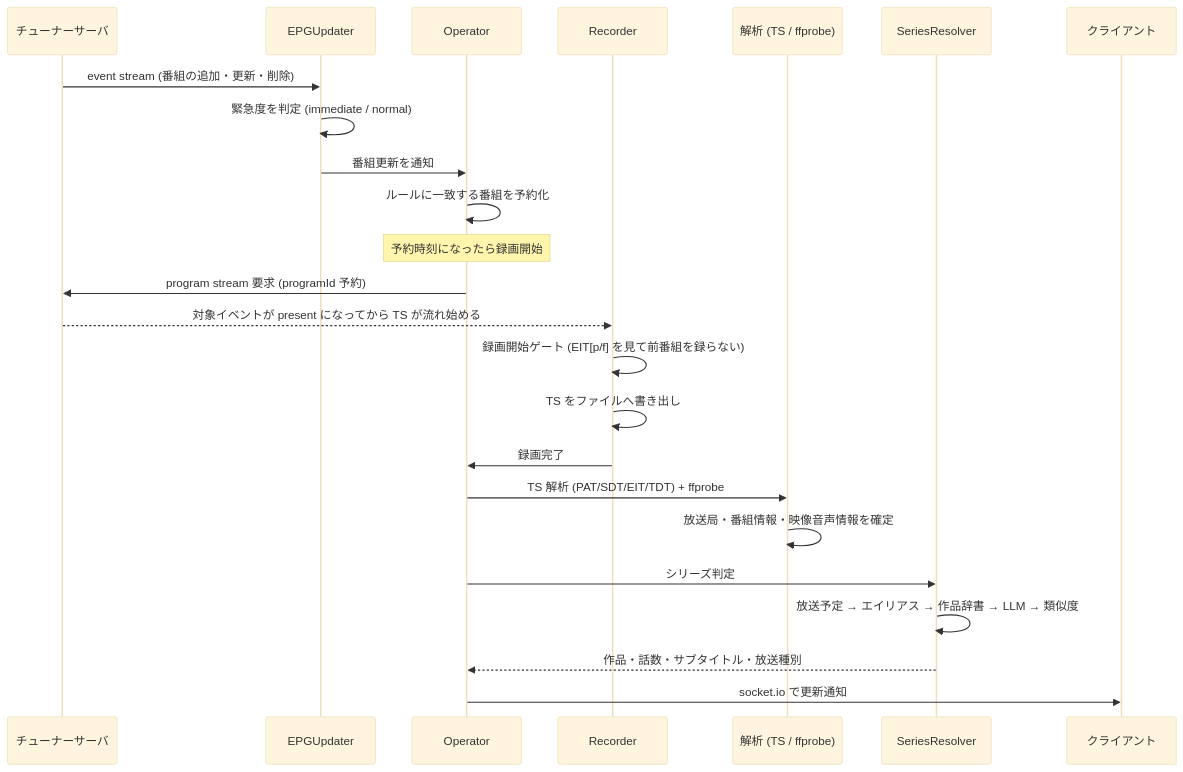
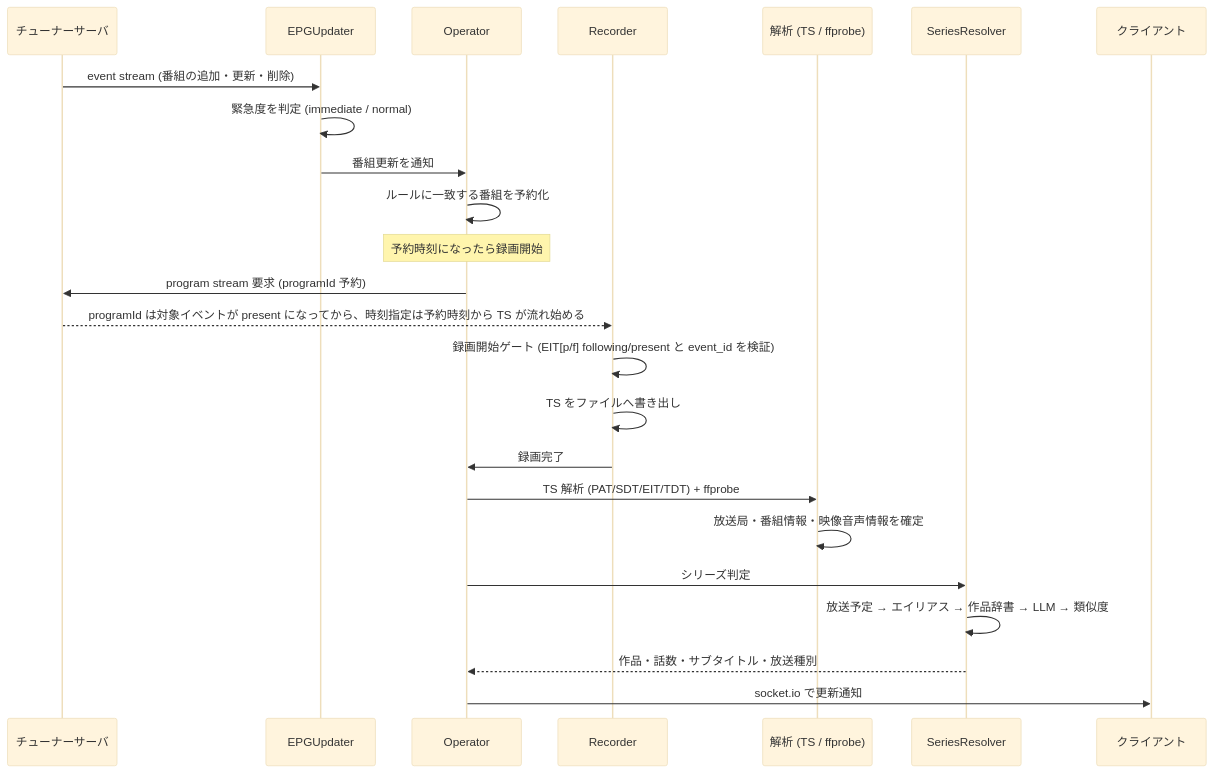
Before and after one commit to stuayu/EPGStation: the third of 5 diagrams in doc/architecture.md, drawn with Mermaid (base theme). The commit also changed 8 other files, not shown here.

Commit message:
fix: follow ARIB EIT event progress for recording start

````diff
--- a/doc/architecture.md
+++ b/doc/architecture.md
@@ -127,29 +127,29 @@
 ```mermaid
 sequenceDiagram
     participant M as チューナーサーバ
     participant U as EPGUpdater
     participant O as Operator
     participant R as Recorder
     participant A as 解析 (TS / ffprobe)
     participant S as SeriesResolver
     participant C as クライアント
 
     M->>U: event stream (番組の追加・更新・削除)
     U->>U: 緊急度を判定 (immediate / normal)
     U->>O: 番組更新を通知
     O->>O: ルールに一致する番組を予約化
     Note over O: 予約時刻になったら録画開始
 
     O->>M: program stream 要求 (programId 予約)
-    M-->>R: 対象イベントが present になってから TS が流れ始める
-    R->>R: 録画開始ゲート (EIT[p/f] を見て前番組を録らない)
+    M-->>R: programId は対象イベントが present になってから、時刻指定は予約時刻から TS が流れ始める
+    R->>R: 録画開始ゲート (EIT[p/f] following/present と event_id を検証)
     R->>R: TS をファイルへ書き出し
     R->>O: 録画完了
 
     O->>A: TS 解析 (PAT/SDT/EIT/TDT) + ffprobe
     A->>A: 放送局・番組情報・映像音声情報を確定
     O->>S: シリーズ判定
     S->>S: 放送予定 → エイリアス → 作品辞書 → LLM → 類似度
     S-->>O: 作品・話数・サブタイトル・放送種別
     O->>C: socket.io で更新通知
 ```
````
